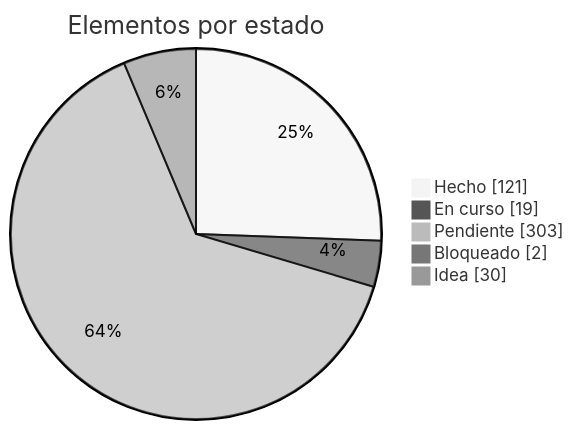
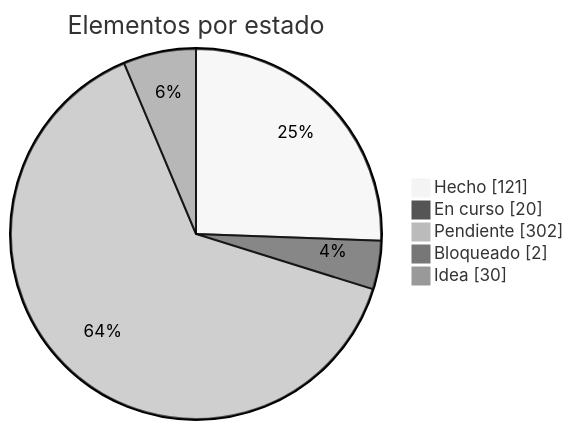
The first of 2 diagrams in docs/roadmap.md (dariogea/BM27), drawn with Mermaid (neutral theme) before and after one commit. The commit also changed other lines of this file and 12 other files, not shown here.

````diff
--- a/docs/roadmap.md
+++ b/docs/roadmap.md
@@ -13,8 +13,8 @@
 ```mermaid
 pie showData title Elementos por estado
   "Hecho" : 121
-  "En curso" : 19
-  "Pendiente" : 303
+  "En curso" : 20
+  "Pendiente" : 302
   "Bloqueado" : 2
   "Idea" : 30
 ```
````
